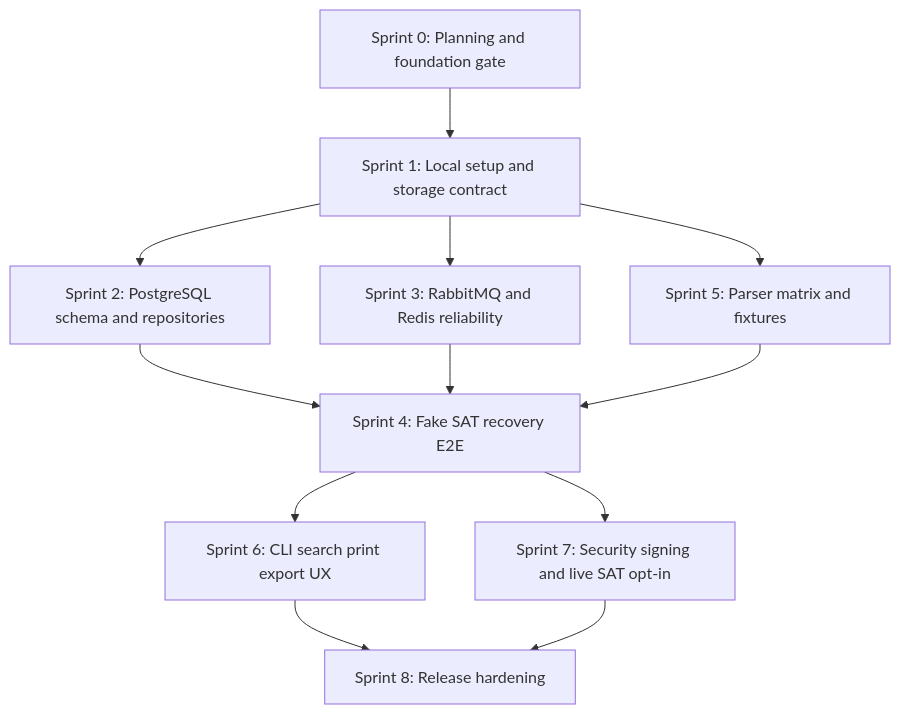
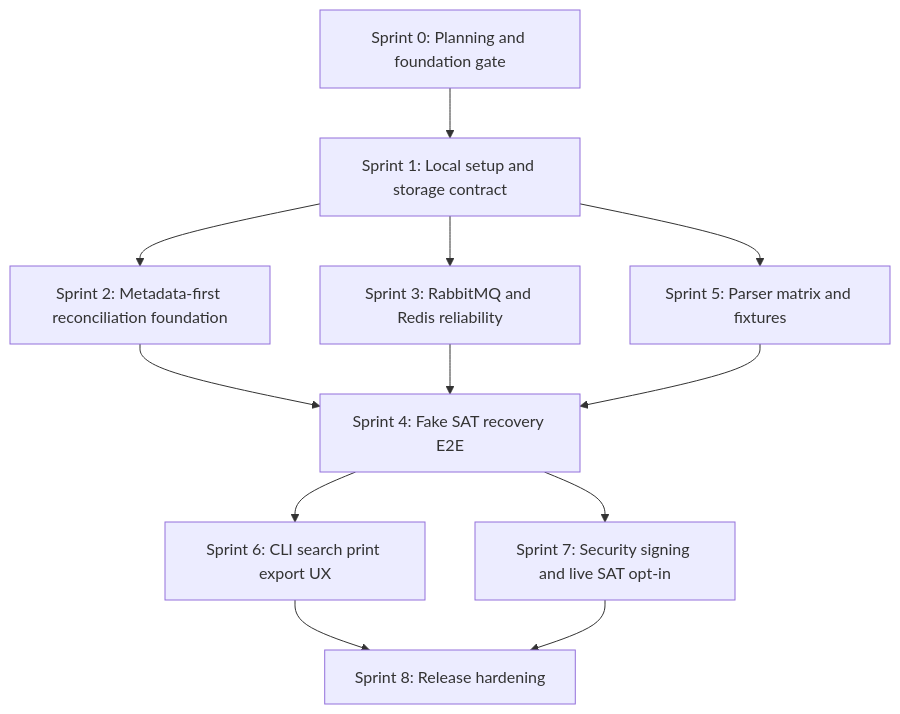
One commit to Crls8a/cfdi-vault-mx changed the diagram in docs/planning/sprint-roadmap.md. Above: the diagram before and after it, drawn with Mermaid. The commit also changed other lines of this file and 2 other files, not shown here.

First line of the commit message:
docs: document metadata-first reconciliation policy

````diff
--- a/docs/planning/sprint-roadmap.md
+++ b/docs/planning/sprint-roadmap.md
@@ -13,14 +13,14 @@
 ```mermaid
 flowchart TD
     S0["Sprint 0: Planning and foundation gate"] --> S1["Sprint 1: Local setup and storage contract"]
-    S1 --> S2["Sprint 2: PostgreSQL schema and repositories"]
+    S1 --> S2["Sprint 2: Metadata-first reconciliation foundation"]
     S1 --> S3["Sprint 3: RabbitMQ and Redis reliability"]
     S1 --> S5["Sprint 5: Parser matrix and fixtures"]
     S2 --> S4["Sprint 4: Fake SAT recovery E2E"]
     S3 --> S4
     S5 --> S4
     S4 --> S6["Sprint 6: CLI search print export UX"]
     S4 --> S7["Sprint 7: Security signing and live SAT opt-in"]
     S6 --> S8["Sprint 8: Release hardening"]
     S7 --> S8
 ```
````
